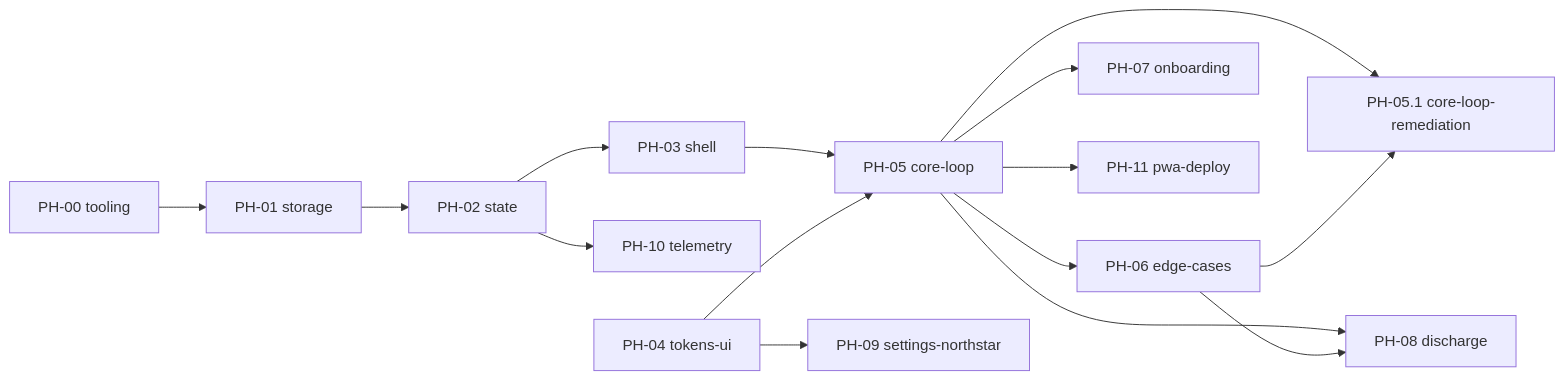
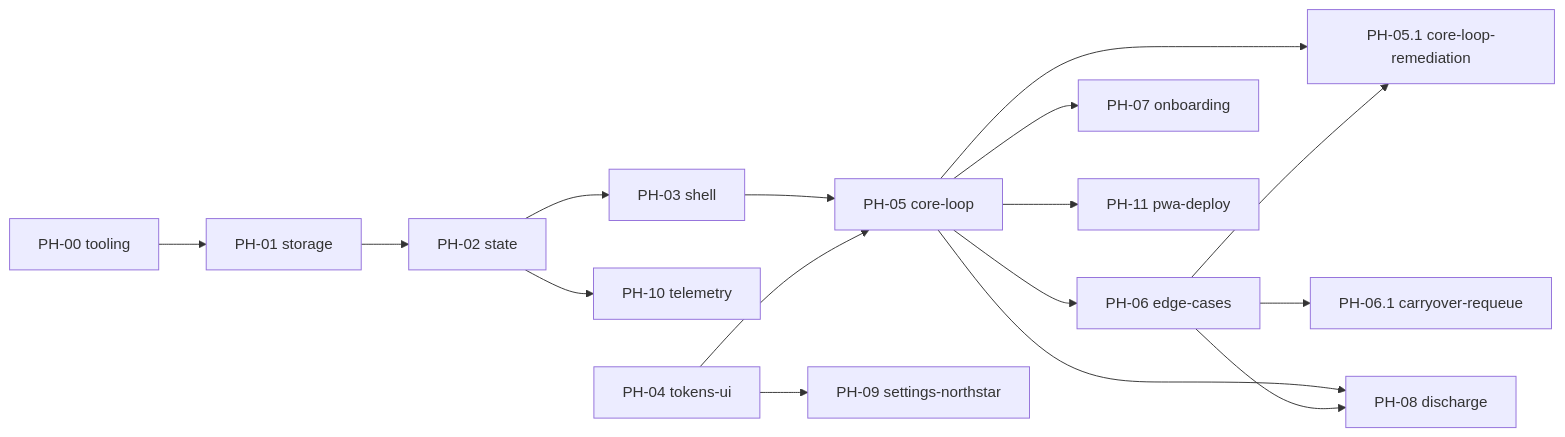
Before and after one commit to Sparrowlim/com-pace: the diagram in docs/phases/README.md, drawn with Mermaid. The commit also changed other lines of this file and 8 other files, not shown here.

````diff
--- a/docs/phases/README.md
+++ b/docs/phases/README.md
@@ -93,17 +100,18 @@
 ```mermaid
 flowchart LR
   PH00[PH-00 tooling] --> PH01[PH-01 storage]
   PH01 --> PH02[PH-02 state]
   PH02 --> PH03[PH-03 shell]
   PH02 --> PH10[PH-10 telemetry]
   PH03 --> PH05[PH-05 core-loop]
   PH04[PH-04 tokens-ui] --> PH05
   PH05 --> PH06[PH-06 edge-cases]
   PH05 --> PH07[PH-07 onboarding]
   PH05 --> PH08[PH-08 discharge]
   PH05 --> PH051[PH-05.1 core-loop-remediation]
   PH06 --> PH051
+  PH06 --> PH061[PH-06.1 carryover-requeue]
   PH06 --> PH08
   PH04 --> PH09[PH-09 settings-northstar]
   PH05 --> PH11[PH-11 pwa-deploy]
 ```
````
